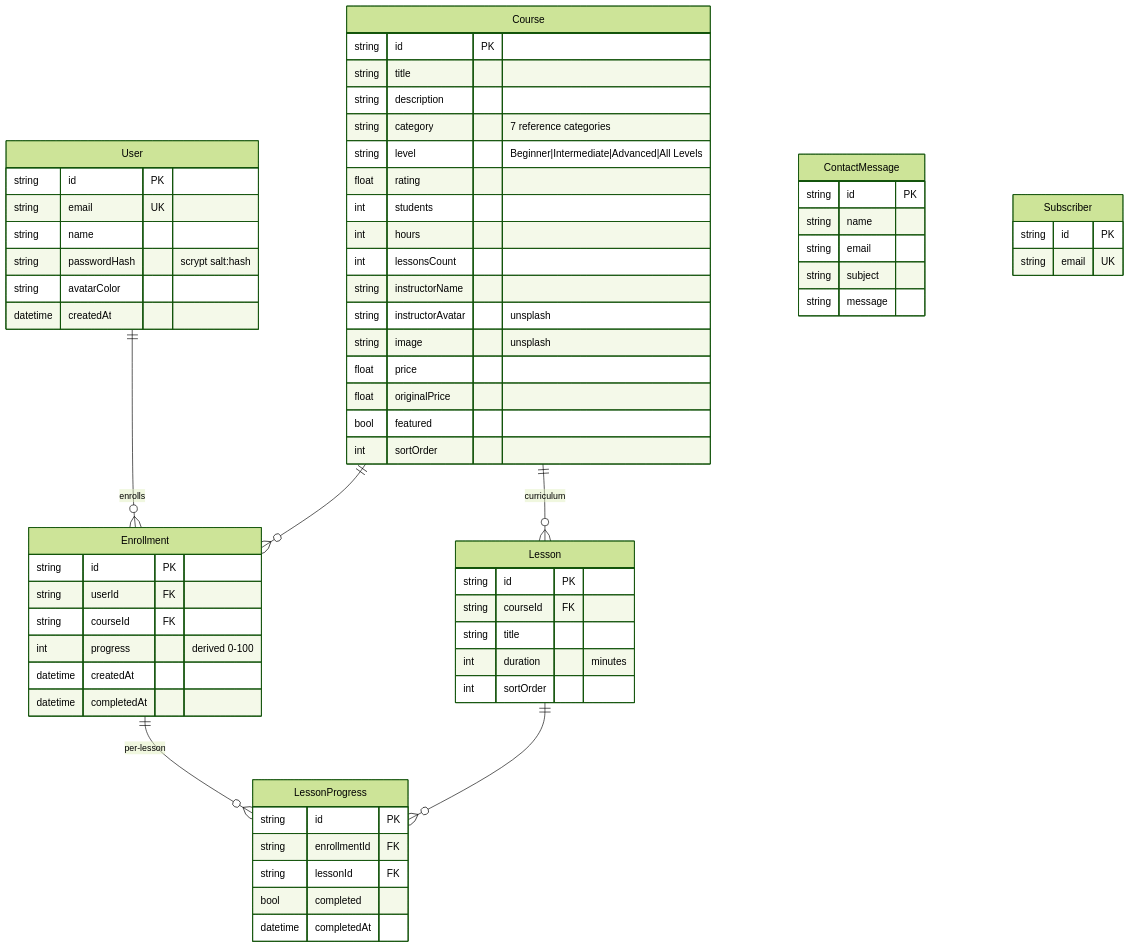
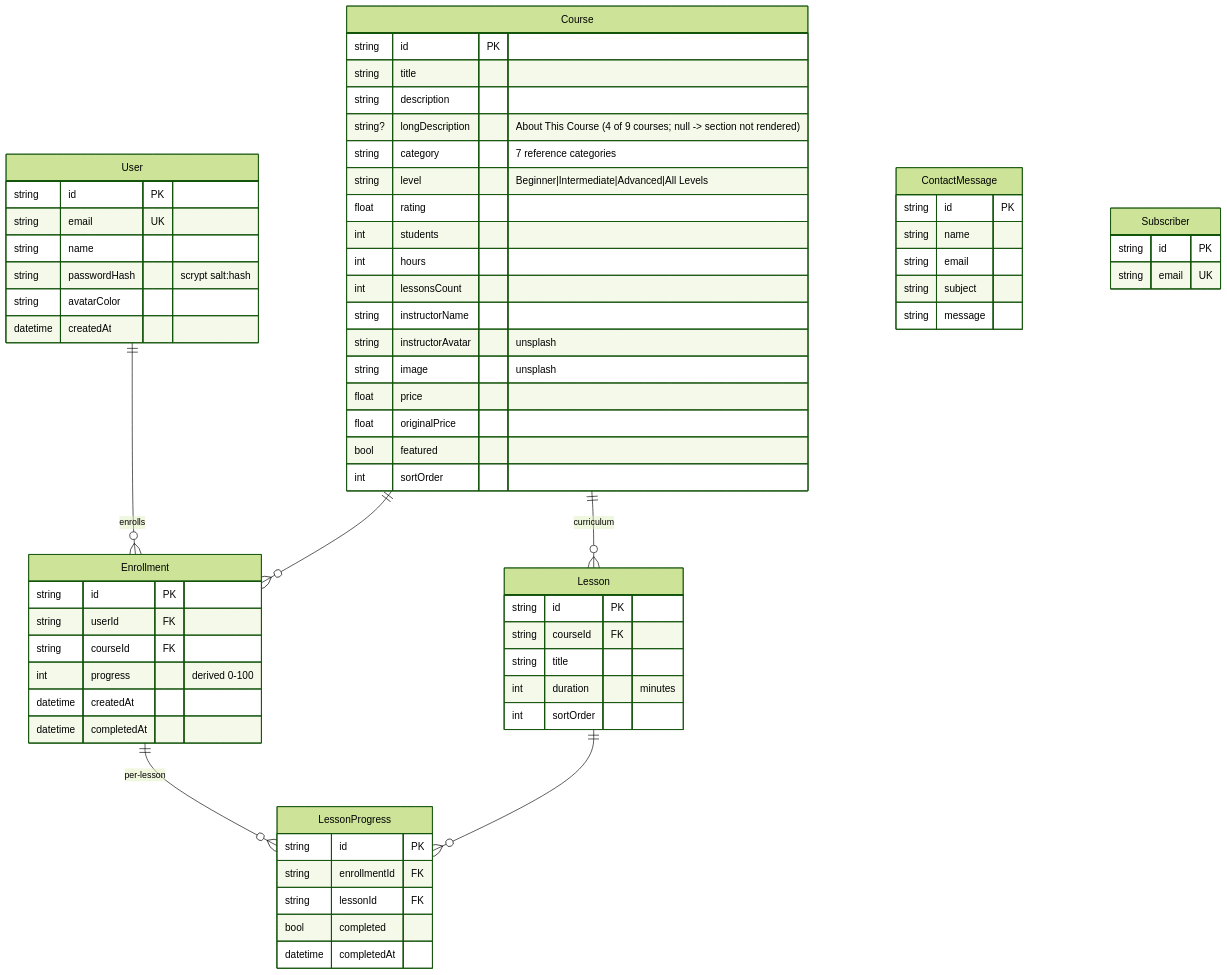
One commit to nordeim/nexuslearn-template changed the second of 2 diagrams in Project_Architecture_Document.md. Above: the diagram before and after it, drawn with Mermaid (forest theme). The commit also changed other lines of this file and 41 other files, not shown here.

````diff
--- a/Project_Architecture_Document.md
+++ b/Project_Architecture_Document.md
@@ -335,68 +336,69 @@
 ```mermaid
 erDiagram
     User ||--o{ Enrollment : "enrolls"
     Course ||--o{ Enrollment : ""
     Course ||--o{ Lesson : "curriculum"
     Enrollment ||--o{ LessonProgress : "per-lesson"
     Lesson ||--o{ LessonProgress : ""
 
     User {
       string id PK
       string email UK
       string name
       string passwordHash "scrypt salt:hash"
       string avatarColor
       datetime createdAt
     }
     Course {
       string id PK
       string title
       string description
+      string? longDescription "About This Course (4 of 9 courses; null -> section not rendered)"
       string category "7 reference categories"
       string level "Beginner|Intermediate|Advanced|All Levels"
       float rating
       int students
       int hours
       int lessonsCount
       string instructorName
       string instructorAvatar "unsplash"
       string image "unsplash"
       float price
       float originalPrice
       bool featured
       int sortOrder
     }
     Lesson {
       string id PK
       string courseId FK
       string title
       int duration "minutes"
       int sortOrder
     }
     Enrollment {
       string id PK
       string userId FK
       string courseId FK
       int progress "derived 0-100"
       datetime createdAt
       datetime completedAt
     }
     LessonProgress {
       string id PK
       string enrollmentId FK
       string lessonId FK
       bool completed
       datetime completedAt
     }
     ContactMessage {
       string id PK
       string name
       string email
       string subject
       string message
     }
     Subscriber {
       string id PK
       string email UK
     }
 ```
````
